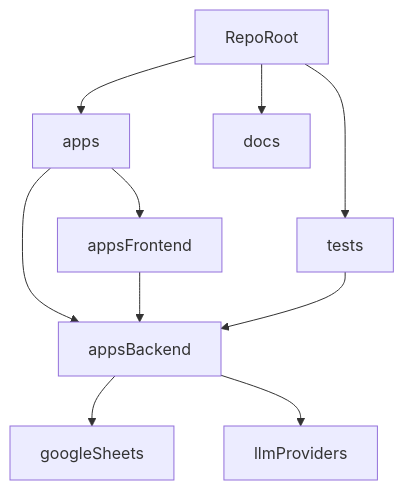
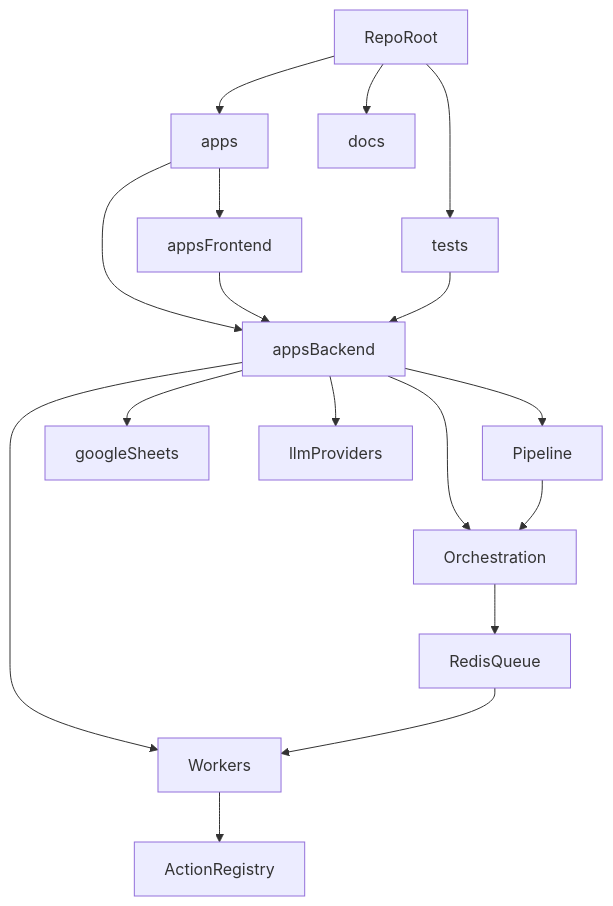
The diagram in docs/architecture/overview.md (Mihirokte/all-doing-bot), drawn with Mermaid before and after one commit. The commit also changed other lines of this file and 22 other files, not shown here.

````diff
--- a/docs/architecture/overview.md
+++ b/docs/architecture/overview.md
@@ -21,12 +21,19 @@
 ```mermaid
 flowchart TD
 repoRoot[RepoRoot] --> appsDir[apps]
 repoRoot --> docsDir[docs]
 repoRoot --> testsDir[tests]
 appsDir --> backendApp[appsBackend]
 appsDir --> frontendApp[appsFrontend]
 frontendApp --> backendApp
+backendApp --> pipeline[Pipeline]
+backendApp --> orchestration[Orchestration]
+backendApp --> workers[Workers]
 backendApp --> sheetsDb[googleSheets]
 backendApp --> llmProviders[llmProviders]
+pipeline --> orchestration
+orchestration --> queue[RedisQueue]
+queue --> workers
+workers --> actions[ActionRegistry]
 testsDir --> backendApp
 ```
````
